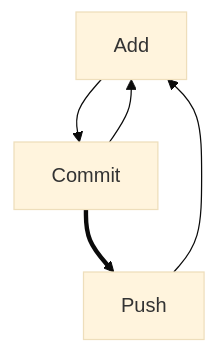
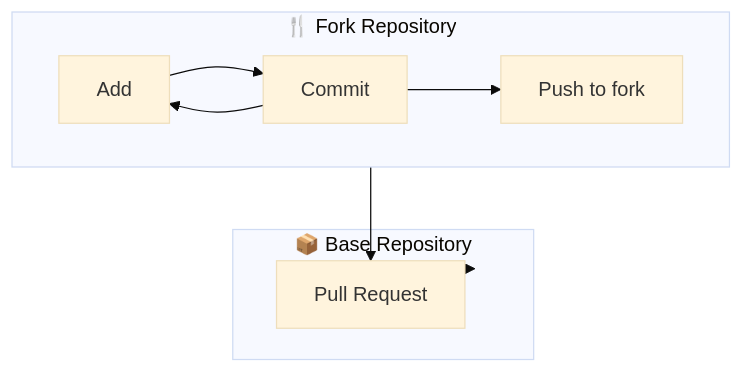
The diagram in Notes.md (dahlbyk-test/cs-pd-week-2026), drawn with Mermaid (base theme) before and after one commit.

Commit message:
Update mermaid diagram with subgraphs to distinguish fork vs base repository operations

````diff
--- a/Notes.md
+++ b/Notes.md
@@ -3,7 +3,18 @@
 ```mermaid
 graph TD;
-    Add-->Commit;
-    Commit==>Push;
-    Commit-->Add;
-    Push-->Add;
+    subgraph Fork["🍴 Fork Repository"]
+        Add["Add"]
+        Commit["Commit"]
+        Push["Push to fork"]
+        Add-->Commit
+        Commit-->Add
+        Commit-->Push
+    end
+    
+    subgraph Base["📦 Base Repository"]
+        PR["Pull Request"]
+    end
+    
+    Fork-->PR
+    PR-->Base
 ```
````
